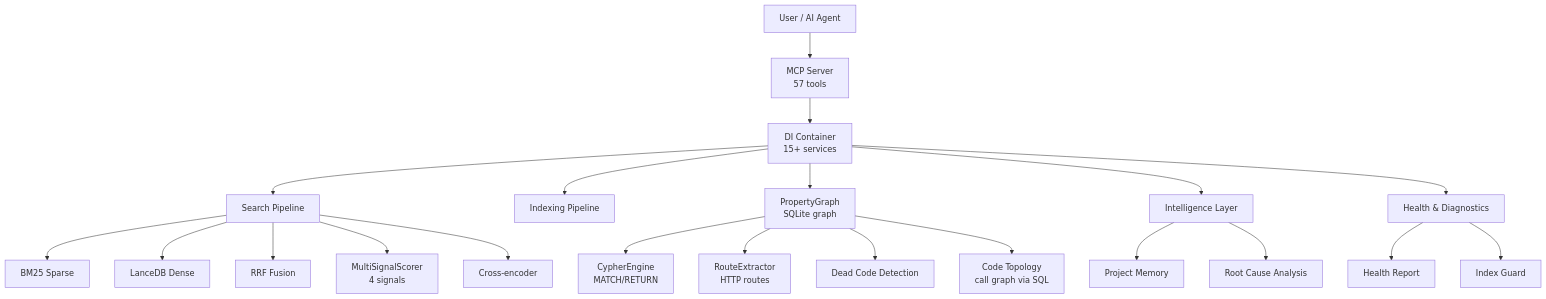
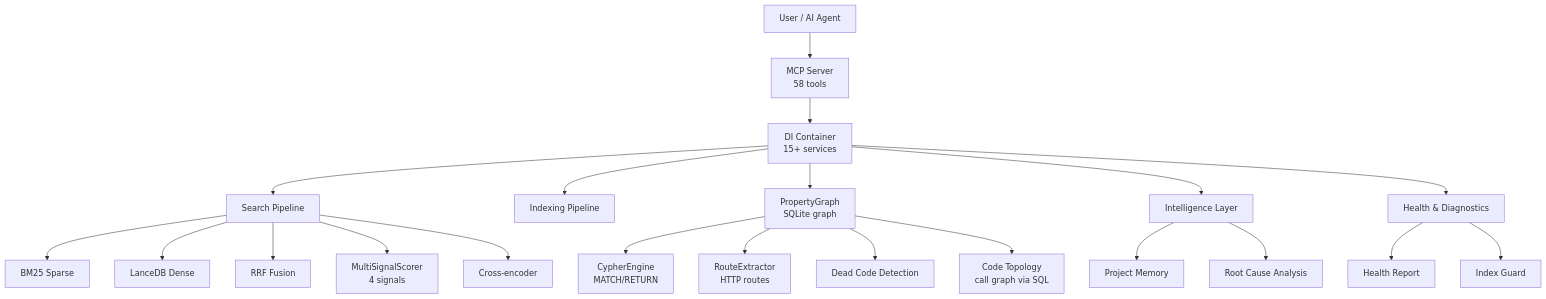
One commit to ManSio/mscodebase-intelligence changed the first of 8 diagrams in docs/zh/ARCHITECTURE_DEEP.md. Above: the diagram before and after it, drawn with Mermaid. The commit also changed other lines of this file and 56 other files, not shown here.

````diff
--- a/docs/zh/ARCHITECTURE_DEEP.md
+++ b/docs/zh/ARCHITECTURE_DEEP.md
@@ -7,27 +7,27 @@
 ```mermaid
 flowchart TD
-    User[User / AI Agent] --> MCP[MCP Server\n57 tools]
+    User[User / AI Agent] --> MCP[MCP Server\n58 tools]
     MCP --> DI[DI Container\n15+ services]
     DI --> Search[Search Pipeline]
     DI --> Index[Indexing Pipeline]
     DI --> Graph[PropertyGraph\nSQLite graph]
     DI --> Intel[Intelligence Layer]
     DI --> Health[Health & Diagnostics]
     
     Search --> BM25[BM25 Sparse]
     Search --> Dense[LanceDB Dense]
     Search --> RRF[RRF Fusion]
     Search --> MultiSig[MultiSignalScorer\n4 signals]
     Search --> Rerank[Cross-encoder]
     
     Graph --> Cypher[CypherEngine\nMATCH/RETURN]
     Graph --> Route[RouteExtractor\nHTTP routes]
     Graph --> Dead[Dead Code Detection]
     Graph --> Topology[Code Topology\ncall graph via SQL]
     
     Intel --> Memory[Project Memory]
     Intel --> RCA[Root Cause Analysis]
     
     Health --> Report[Health Report]
     Health --> Guard[Index Guard]
 ```
````
